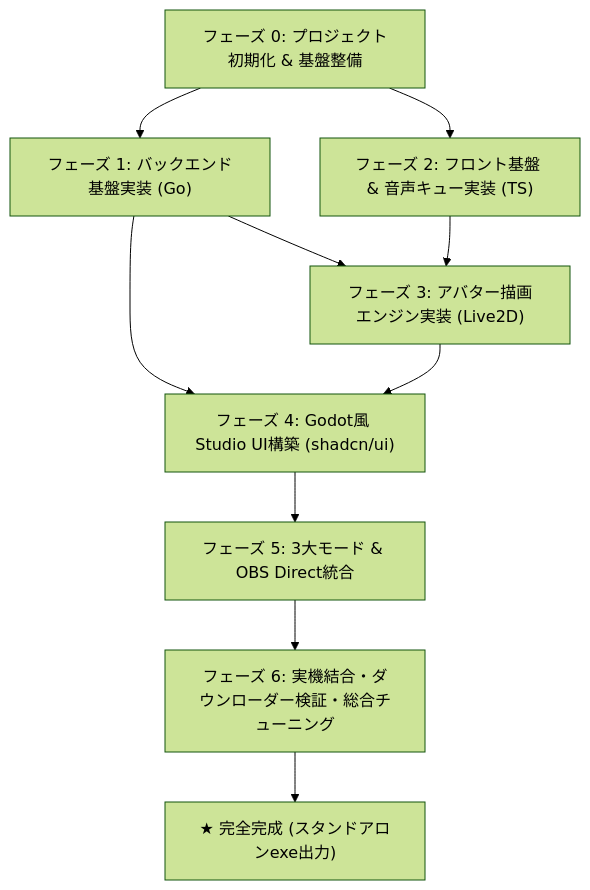
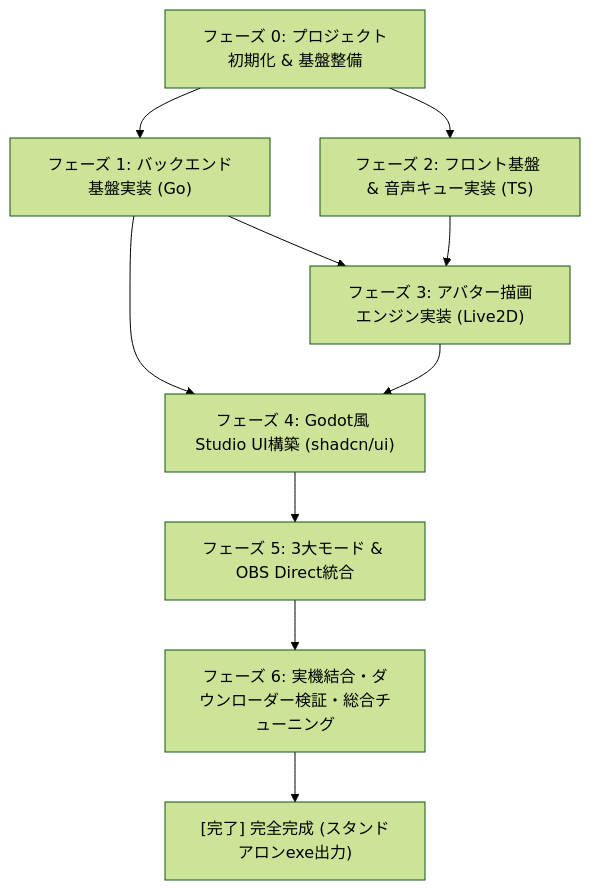
One commit to sofia-gros/aicompanion changed the diagram in docs/implementation_tasks.md. Above: the diagram before and after it, drawn with Mermaid (forest theme). The commit also changed 13 other files, not shown here.

````diff
--- a/docs/implementation_tasks.md
+++ b/docs/implementation_tasks.md
@@ -10,12 +10,12 @@
 ```mermaid
 graph TD
     P0["フェーズ 0: プロジェクト初期化 & 基盤整備"] --> P1["フェーズ 1: バックエンド基盤実装 (Go)"]
     P0 --> P2["フェーズ 2: フロント基盤 & 音声キュー実装 (TS)"]
     P1 --> P3["フェーズ 3: アバター描画エンジン実装 (Live2D)"]
     P2 --> P3
     P1 --> P4["フェーズ 4: Godot風 Studio UI構築 (shadcn/ui)"]
     P3 --> P4
     P4 --> P5["フェーズ 5: 3大モード & OBS Direct統合"]
     P5 --> P6["フェーズ 6: 実機結合・ダウンローダー検証・総合チューニング"]
-    P6 --> Finish["★ 完全完成 (スタンドアロンexe出力)"]
+    P6 --> Finish["[完了] 完全完成 (スタンドアロンexe出力)"]
 ```
````
